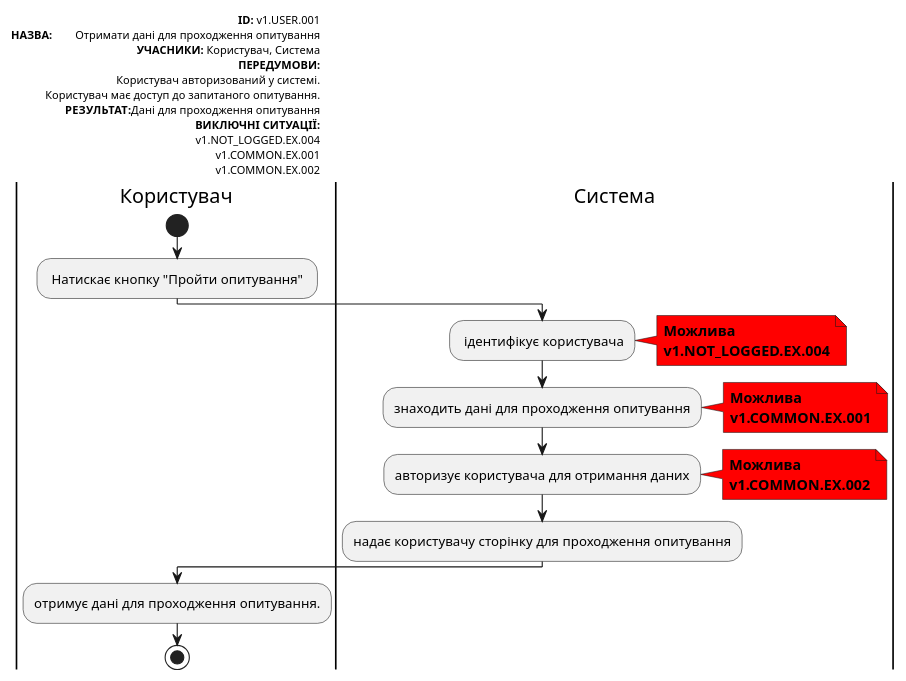
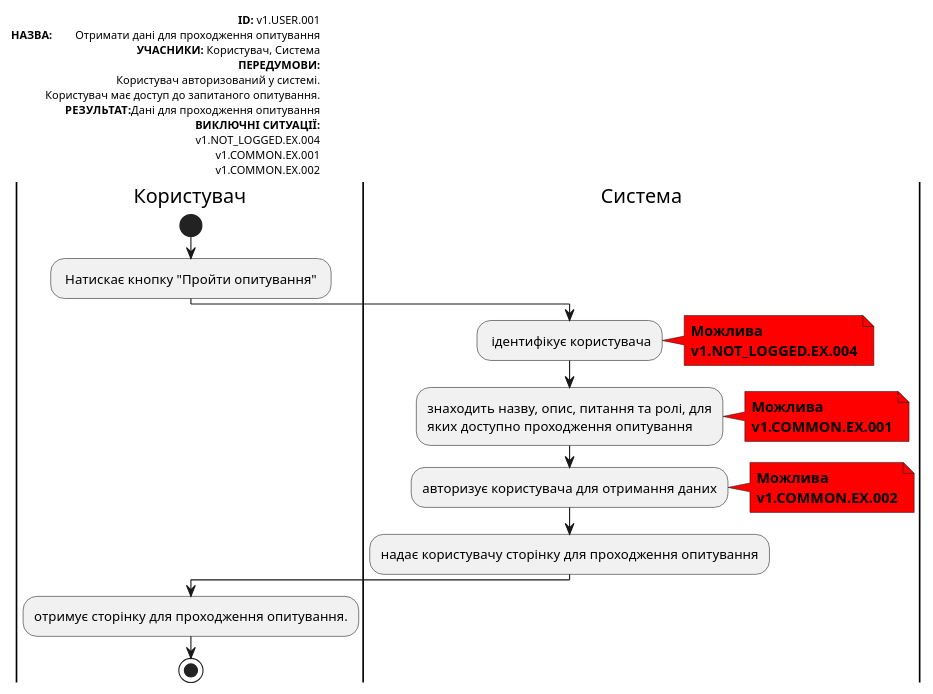
Before and after one commit to Znskiy/survey-expert: the third of 18 diagrams in docs/use cases/README.md, drawn with PlantUML. The commit also changed other lines of this file, not shown here.

```diff
--- a/docs/use cases/README.md
+++ b/docs/use cases/README.md
@@ -107,50 +107,51 @@
   @startuml
 
       left header
            <font color=000 size=10><b>ID:</b> v1.USER.001
            <font color=000 size=10><b>НАЗВА:</b> 	Отримати дані для проходження опитування
            <font color=000 size=10><b>УЧАСНИКИ:</b> Користувач, Система
            <font color=000 size=10><b>ПЕРЕДУМОВИ:</b>
            <font color=000 size=10>Користувач авторизований у системі.
            <font color=000 size=10>Користувач має доступ до запитаного опитування.
            <font color=000 size=10><b>РЕЗУЛЬТАТ:</b>Дані для проходження опитування
            <font color=000 size=10><b>ВИКЛЮЧНІ СИТУАЦІЇ:</b>
            <font color=000 size=10>v1.NOT_LOGGED.EX.004
            <font color=000 size=10>v1.COMMON.EX.001
            <font color=000 size=10>v1.COMMON.EX.002
        end header
 
        |Користувач|
            start
            : Натискає кнопку "Пройти опитування" ;
 
        |Система|
            : ідентифікує користувача;
 
            note right #ff0000
            <b>Можлива</b>
            <b>v1.NOT_LOGGED.EX.004</b>
            end note
 
-           :знаходить дані для проходження опитування;
+           :знаходить назву, опис, питання та ролі, для 
+           яких доступно проходження опитування;
 
            note right #ff0000
            <b>Можлива</b>
            <b>v1.COMMON.EX.001</b>
            end note
 
            :авторизує користувача для отримання даних;
 
            note right #ff0000
            <b>Можлива</b>
            <b>v1.COMMON.EX.002</b>
            end note
 
            :надає користувачу сторінку для проходження опитування;
 
        |Користувач|
 
-       :отримує дані для проходження опитування.;
+       :отримує сторінку для проходження опитування.;
            stop;
 
   @enduml
```
